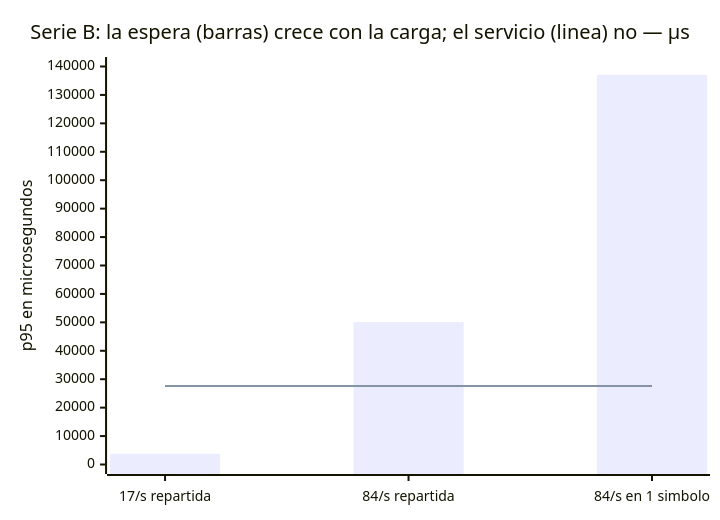
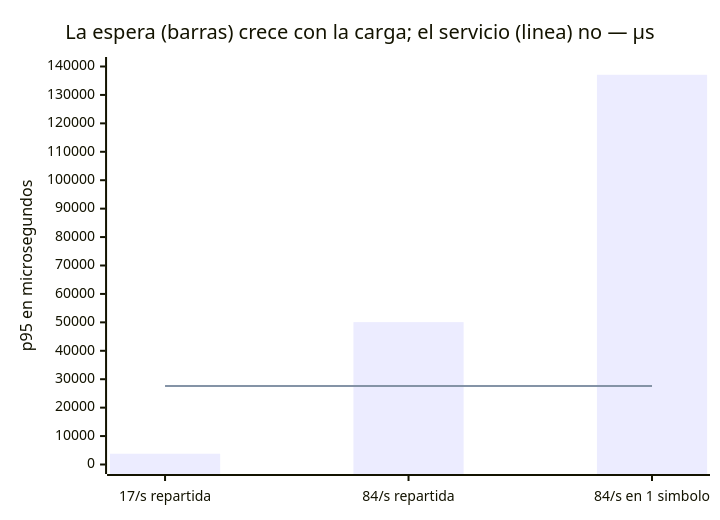
One commit to MATI-MBIT/arqsoft-reto-1 changed the ninth of 9 diagrams in docs/experimento-e01.md. Above: the diagram before and after it, drawn with Mermaid. The commit also changed other lines of this file and 2 other files, not shown here.

````diff
--- a/docs/experimento-e01.md
+++ b/docs/experimento-e01.md
@@ -247,8 +215,8 @@
 ```mermaid
 xychart-beta
-    title "Serie B: la espera (barras) crece con la carga; el servicio (linea) no — µs"
+    title "La espera (barras) crece con la carga; el servicio (linea) no — µs"
     x-axis ["17/s repartida", "84/s repartida", "84/s en 1 simbolo"]
     y-axis "p95 en microsegundos" 0 --> 140000
     bar [3790, 50080, 137090]
     line [27630, 27600, 27600]
 ```
````
